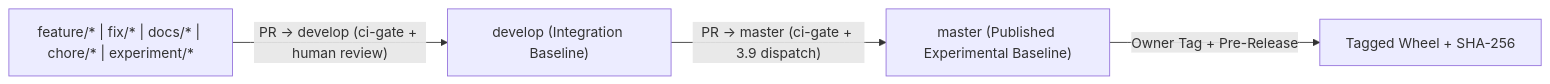
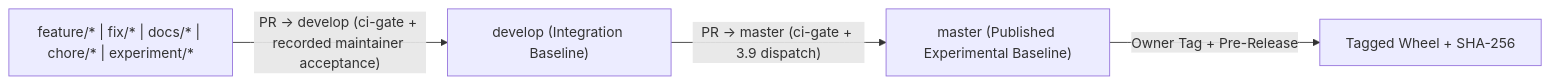
One commit to mmontielpz/ai-sdlc-lite changed the diagram in CONTRIBUTING.md. Above: the diagram before and after it, drawn with Mermaid. The commit also changed other lines of this file and 3 other files, not shown here.

````diff
--- a/CONTRIBUTING.md
+++ b/CONTRIBUTING.md
@@ -25,6 +27,6 @@
 ```mermaid
 flowchart LR
-  FEAT["feature/* | fix/* | docs/* | chore/* | experiment/*"] -- "PR -> develop (ci-gate + human review)" --> DEV["develop (Integration Baseline)"]
+  FEAT["feature/* | fix/* | docs/* | chore/* | experiment/*"] -- "PR -> develop (ci-gate + recorded maintainer acceptance)" --> DEV["develop (Integration Baseline)"]
   DEV -- "PR -> master (ci-gate + 3.9 dispatch)" --> MAS["master (Published Experimental Baseline)"]
   MAS -- "Owner Tag + Pre-Release" --> REL["Tagged Wheel + SHA-256"]
 ```
````
